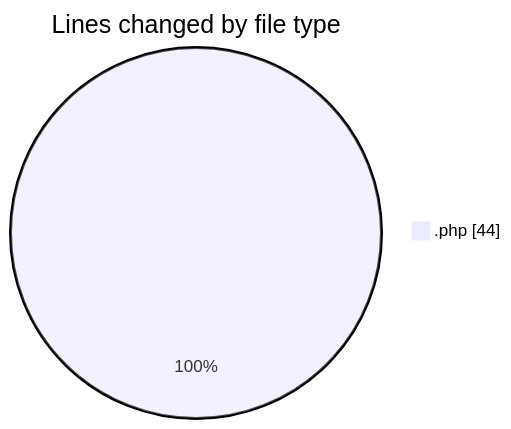
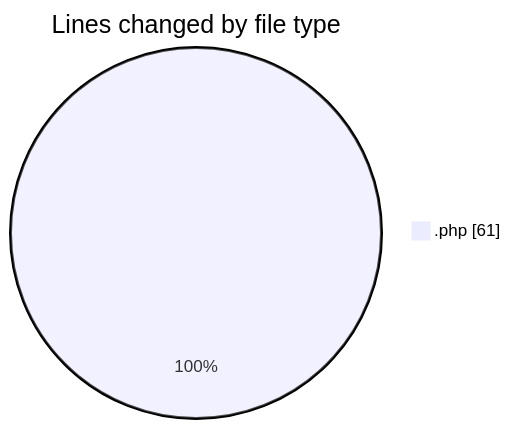
The first of 2 diagrams in 2025-03-31/autodidak/README.md (idhammustaqopulfikri/code-tracking), drawn with Mermaid before and after one commit. The commit also changed other lines of this file and 1 other file, not shown here.

````diff
--- a/2025-03-31/autodidak/README.md
+++ b/2025-03-31/autodidak/README.md
@@ -20,5 +20,5 @@
 ```mermaid
 pie showData
 title Lines changed by file type
-".php" : 44
+".php" : 61
 ```
````
